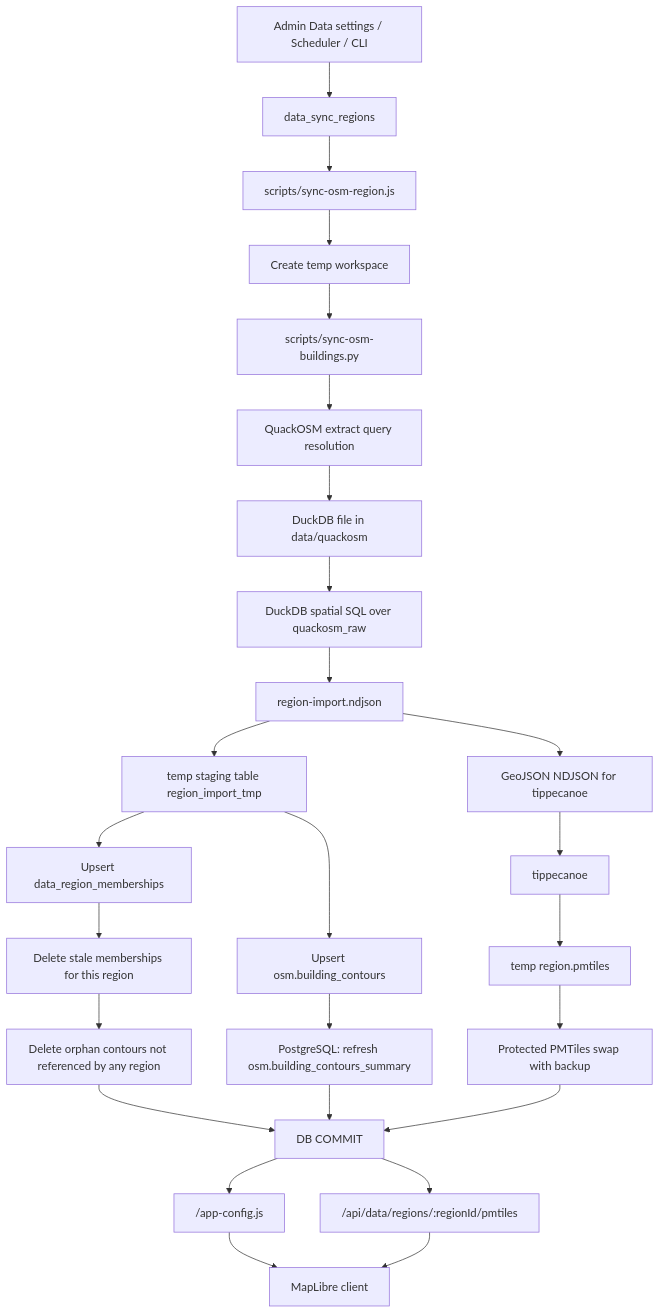
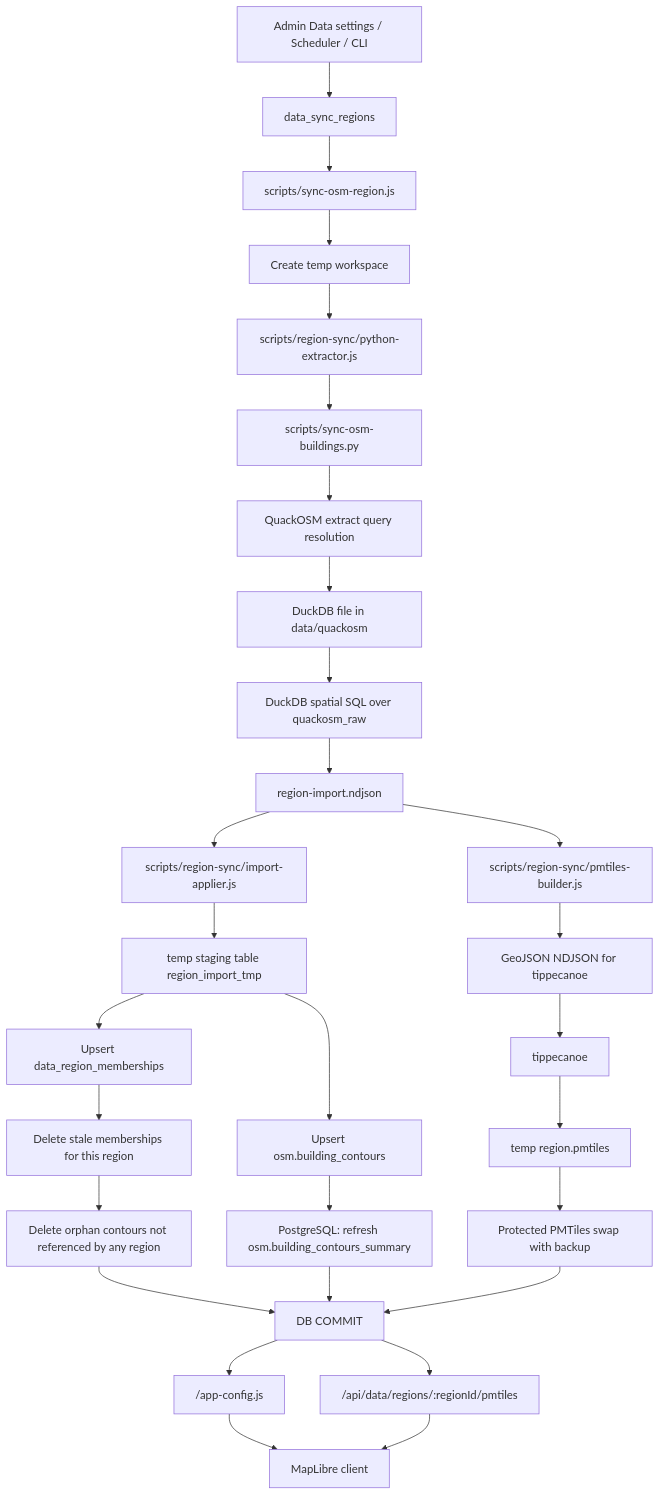
One commit to streletskiy/archimap changed the diagram in docs/osm-import-pipeline.md. Above: the diagram before and after it, drawn with Mermaid. The commit also changed other lines of this file and 42 other files, not shown here.

Commit message:
refactor: map, runtime, SQL, and region sync pipeline

````diff
--- a/docs/osm-import-pipeline.md
+++ b/docs/osm-import-pipeline.md
@@ -77,28 +79,31 @@
 ```mermaid
 flowchart TD
   A["Admin Data settings / Scheduler / CLI"] --> B["data_sync_regions"]
   B --> C["scripts/sync-osm-region.js"]
   C --> D["Create temp workspace"]
-  D --> E["scripts/sync-osm-buildings.py"]
-  E --> F["QuackOSM extract query resolution"]
-  F --> G["DuckDB file in data/quackosm"]
-  G --> H["DuckDB spatial SQL over quackosm_raw"]
-  H --> I["region-import.ndjson"]
-  I --> J["GeoJSON NDJSON for tippecanoe"]
-  J --> K["tippecanoe"]
-  K --> L["temp region.pmtiles"]
-  I --> M["temp staging table region_import_tmp"]
-  M --> N["Upsert osm.building_contours"]
-  M --> O["Upsert data_region_memberships"]
-  O --> P["Delete stale memberships for this region"]
-  P --> Q["Delete orphan contours not referenced by any region"]
-  N --> R["PostgreSQL: refresh osm.building_contours_summary"]
-  L --> S["Protected PMTiles swap with backup"]
-  Q --> T[DB COMMIT]
-  R --> T
-  S --> T
-  T --> U["/app-config.js"]
-  T --> V["/api/data/regions/:regionId/pmtiles"]
-  U --> W["MapLibre client"]
+  D --> E["scripts/region-sync/python-extractor.js"]
+  E --> F["scripts/sync-osm-buildings.py"]
+  F --> G["QuackOSM extract query resolution"]
+  G --> H["DuckDB file in data/quackosm"]
+  H --> I["DuckDB spatial SQL over quackosm_raw"]
+  I --> J["region-import.ndjson"]
+  J --> K["scripts/region-sync/pmtiles-builder.js"]
+  K --> L["GeoJSON NDJSON for tippecanoe"]
+  L --> M["tippecanoe"]
+  M --> N["temp region.pmtiles"]
+  J --> O["scripts/region-sync/import-applier.js"]
+  O --> P["temp staging table region_import_tmp"]
+  P --> Q["Upsert osm.building_contours"]
+  P --> R["Upsert data_region_memberships"]
+  R --> S["Delete stale memberships for this region"]
+  S --> T["Delete orphan contours not referenced by any region"]
+  Q --> U["PostgreSQL: refresh osm.building_contours_summary"]
+  N --> V["Protected PMTiles swap with backup"]
+  T --> W[DB COMMIT]
+  U --> W
   V --> W
+  W --> X["/app-config.js"]
+  W --> Y["/api/data/regions/:regionId/pmtiles"]
+  X --> Z["MapLibre client"]
+  Y --> Z
 ```
````
